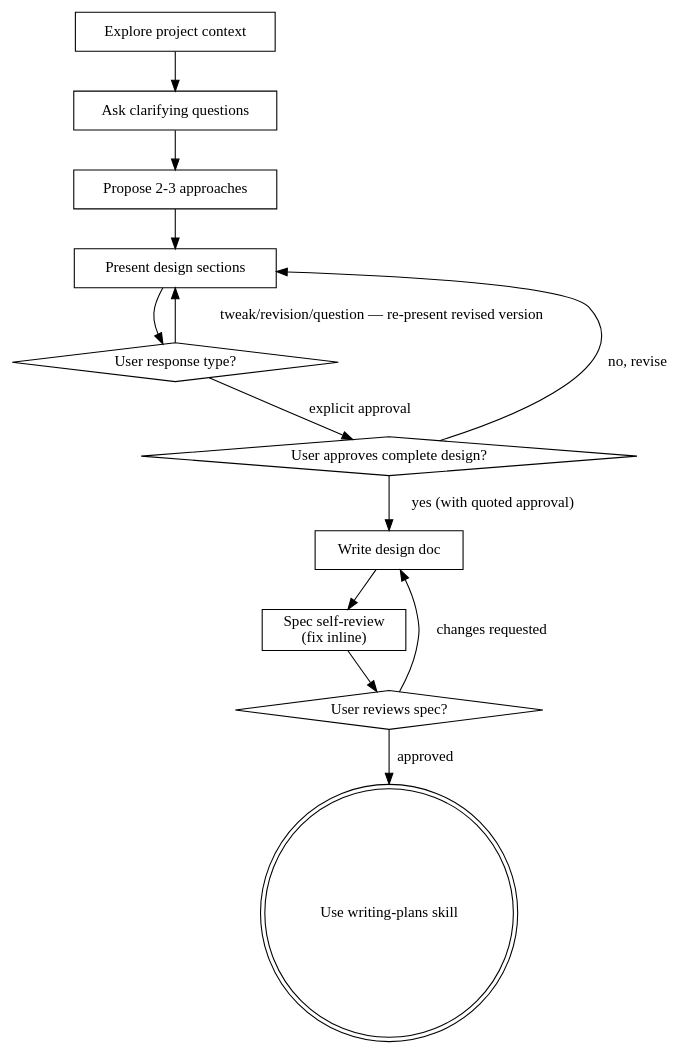
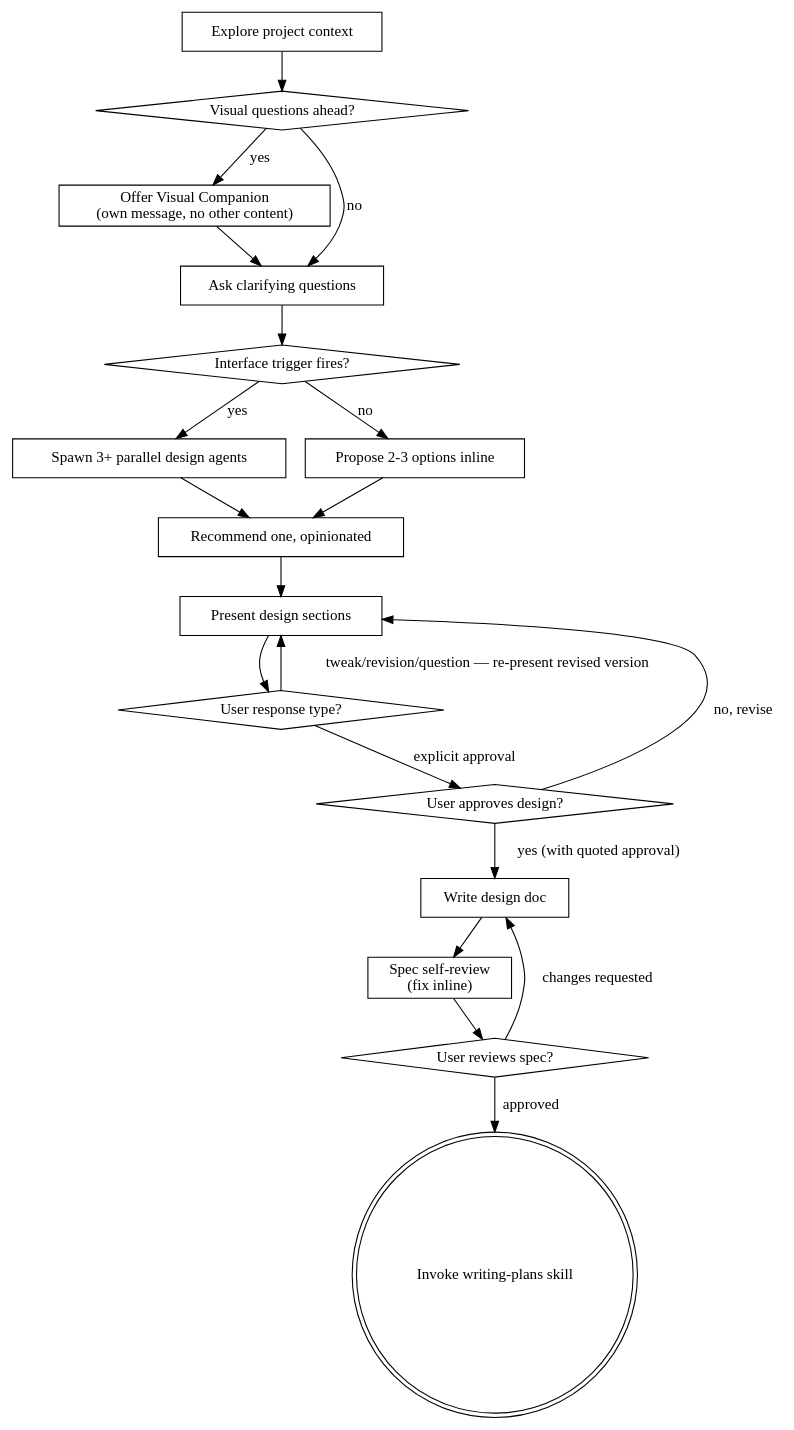
Before and after one commit to denolfe/dotfiles: the diagram in pi/skills/brainstorming/SKILL.md, drawn with Graphviz. The commit also changed other lines of this file and 51 other files, not shown here.

````diff
--- a/pi/skills/brainstorming/SKILL.md
+++ b/pi/skills/brainstorming/SKILL.md
@@ -54,27 +67,39 @@
 ```dot
 digraph brainstorming {
     "Explore project context" [shape=box];
+    "Visual questions ahead?" [shape=diamond];
+    "Offer Visual Companion\n(own message, no other content)" [shape=box];
     "Ask clarifying questions" [shape=box];
-    "Propose 2-3 approaches" [shape=box];
+    "Interface trigger fires?" [shape=diamond];
+    "Spawn 3+ parallel design agents" [shape=box];
+    "Propose 2-3 options inline" [shape=box];
+    "Recommend one, opinionated" [shape=box];
     "Present design sections" [shape=box];
-    "User response type?" [shape=diamond];
-    "User approves complete design?" [shape=diamond];
+    "User approves design?" [shape=diamond];
     "Write design doc" [shape=box];
     "Spec self-review\n(fix inline)" [shape=box];
     "User reviews spec?" [shape=diamond];
-    "Use writing-plans skill" [shape=doublecircle];
+    "Invoke writing-plans skill" [shape=doublecircle];
 
-    "Explore project context" -> "Ask clarifying questions";
-    "Ask clarifying questions" -> "Propose 2-3 approaches";
-    "Propose 2-3 approaches" -> "Present design sections";
+    "Explore project context" -> "Visual questions ahead?";
+    "Visual questions ahead?" -> "Offer Visual Companion\n(own message, no other content)" [label="yes"];
+    "Visual questions ahead?" -> "Ask clarifying questions" [label="no"];
+    "Offer Visual Companion\n(own message, no other content)" -> "Ask clarifying questions";
+    "Ask clarifying questions" -> "Interface trigger fires?";
+    "Interface trigger fires?" -> "Spawn 3+ parallel design agents" [label="yes"];
+    "Interface trigger fires?" -> "Propose 2-3 options inline" [label="no"];
+    "Spawn 3+ parallel design agents" -> "Recommend one, opinionated";
+    "Propose 2-3 options inline" -> "Recommend one, opinionated";
+    "Recommend one, opinionated" -> "Present design sections";
     "Present design sections" -> "User response type?";
+    "User response type?" [shape=diamond];
     "User response type?" -> "Present design sections" [label="tweak/revision/question — re-present revised version"];
-    "User response type?" -> "User approves complete design?" [label="explicit approval"];
-    "User approves complete design?" -> "Present design sections" [label="no, revise"];
-    "User approves complete design?" -> "Write design doc" [label="yes (with quoted approval)"];
+    "User response type?" -> "User approves design?" [label="explicit approval"];
+    "User approves design?" -> "Present design sections" [label="no, revise"];
+    "User approves design?" -> "Write design doc" [label="yes (with quoted approval)"];
     "Write design doc" -> "Spec self-review\n(fix inline)";
     "Spec self-review\n(fix inline)" -> "User reviews spec?";
     "User reviews spec?" -> "Write design doc" [label="changes requested"];
-    "User reviews spec?" -> "Use writing-plans skill" [label="approved"];
+    "User reviews spec?" -> "Invoke writing-plans skill" [label="approved"];
 }
 ```
````
